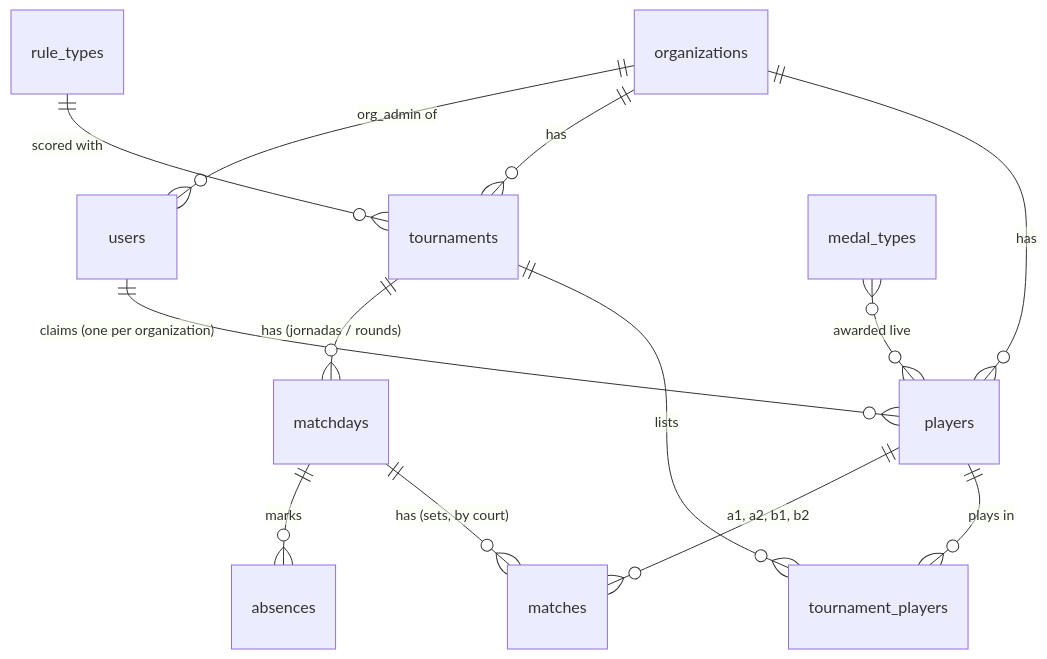
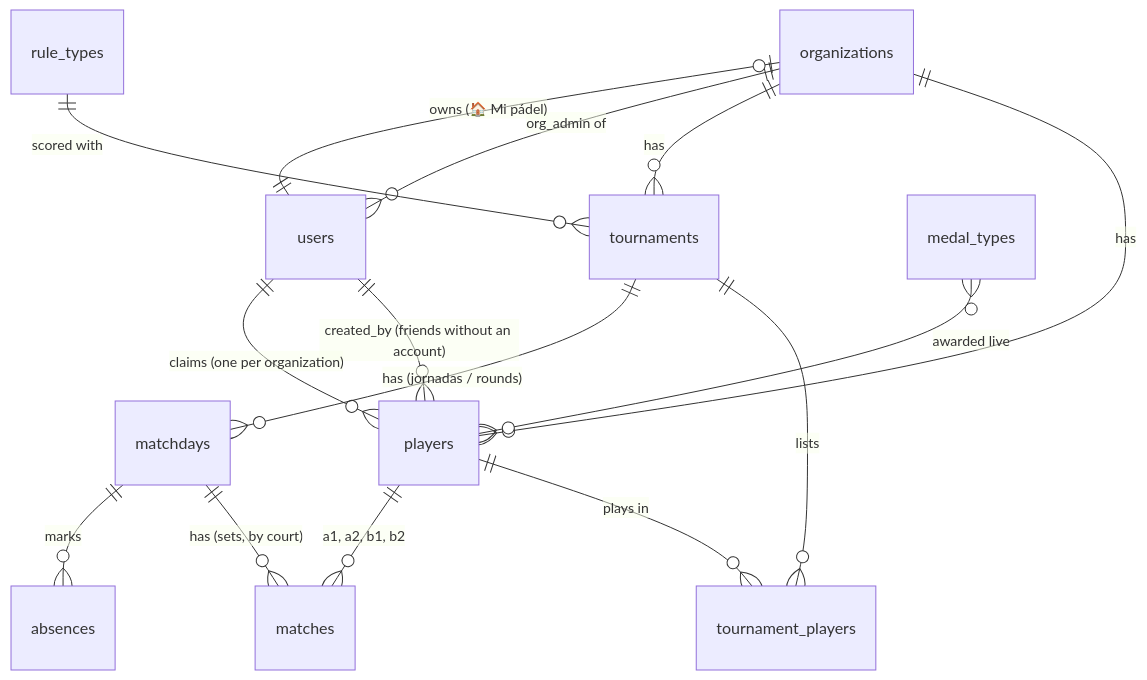
One commit to Sorrycion/PadelScore changed the first of 2 diagrams in docs/processes/README.md. Above: the diagram before and after it, drawn with Mermaid. The commit also changed 26 other files, not shown here.

First line of the commit message:
🏠 Mi pádel: every player account gets its own private space

````diff
--- a/docs/processes/README.md
+++ b/docs/processes/README.md
@@ -20,15 +20,17 @@
 ```mermaid
 erDiagram
     organizations ||--o{ players : has
     organizations ||--o{ tournaments : has
     organizations ||--o{ users : "org_admin of"
+    users ||--o| organizations : "owns (🏠 Mi pádel)"
+    users ||--o{ players : "created_by (friends without an account)"
     users ||--o{ players : "claims (one per organization)"
     rule_types ||--o{ tournaments : "scored with"
     tournaments ||--o{ tournament_players : lists
     players ||--o{ tournament_players : "plays in"
     tournaments ||--o{ matchdays : "has (jornadas / rounds)"
     matchdays ||--o{ matches : "has (sets, by court)"
     matchdays ||--o{ absences : marks
     players ||--o{ matches : "a1, a2, b1, b2"
     medal_types }o--o{ players : "awarded live"
 ```
````
